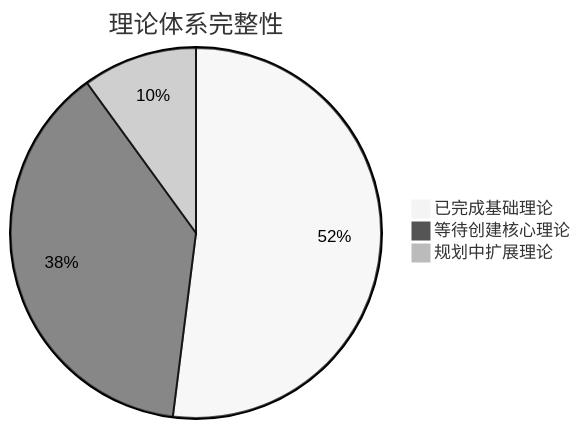
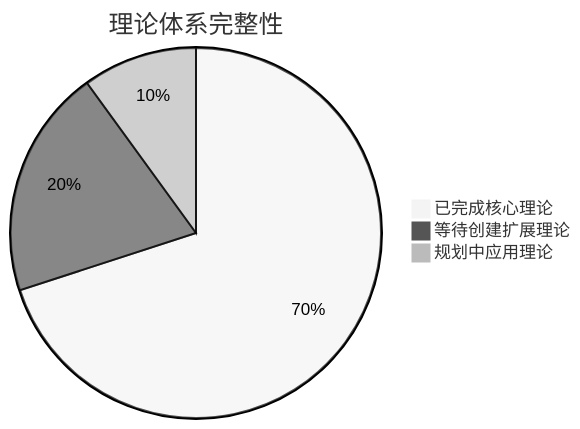
The third of 4 diagrams in docs/binaryuniverse/README.md (loning/the-binarymath), drawn with Mermaid (neutral theme) before and after one commit. The commit also changed other lines of this file, not shown here.

````diff
--- a/docs/binaryuniverse/README.md
+++ b/docs/binaryuniverse/README.md
@@ -238,6 +238,6 @@
 ```mermaid
 pie title 理论体系完整性
-    "已完成基础理论" : 52
-    "等待创建核心理论" : 38
-    "规划中扩展理论" : 10
+    "已完成核心理论" : 70
+    "等待创建扩展理论" : 20
+    "规划中应用理论" : 10
 ```
````
